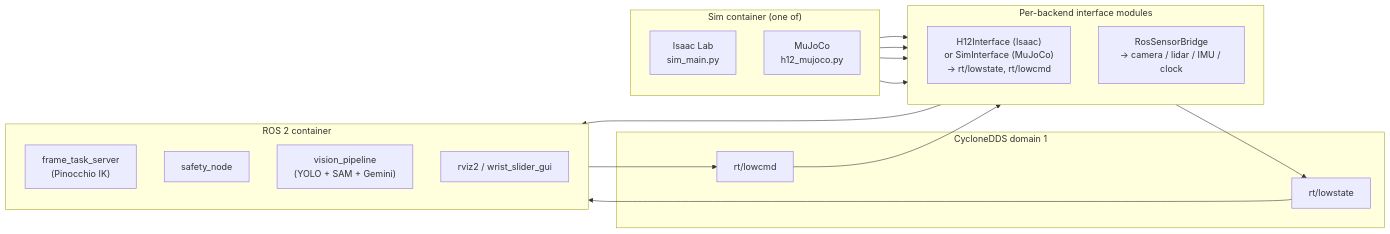
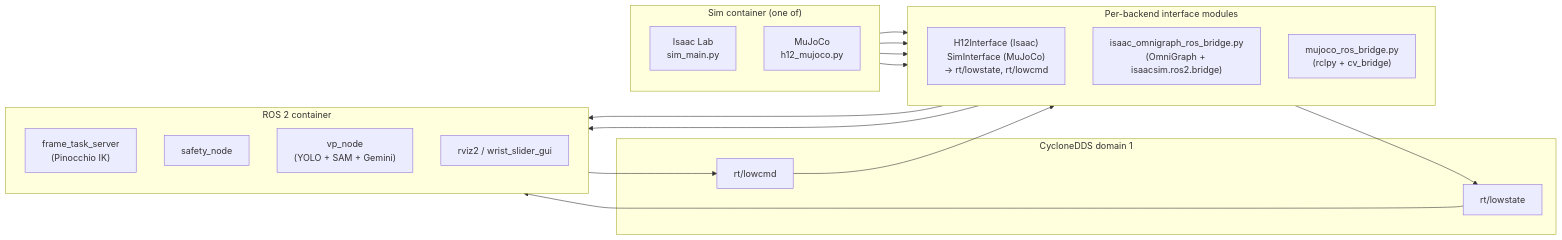
The diagram in README.md (correlllab/HAMS), drawn with Mermaid before and after one commit. The commit also changed other lines of this file and 8 other files, not shown here.

````diff
--- a/README.md
+++ b/README.md
@@ -135,37 +165,39 @@
 ```mermaid
 flowchart LR
     subgraph SIM["Sim container (one of)"]
         direction TB
         ISAAC["Isaac Lab<br/>sim_main.py"]
         MJ["MuJoCo<br/>h12_mujoco.py"]
     end
 
     subgraph BRIDGE["Per-backend interface modules"]
         direction TB
-        H12["H12Interface (Isaac)<br/>or SimInterface (MuJoCo)<br/>→ rt/lowstate, rt/lowcmd"]
-        ROSB["RosSensorBridge<br/>→ camera / lidar / IMU / clock"]
+        H12["H12Interface (Isaac)<br/>SimInterface (MuJoCo)<br/>→ rt/lowstate, rt/lowcmd"]
+        ROSB_ISAAC["isaac_omnigraph_ros_bridge.py<br/>(OmniGraph + isaacsim.ros2.bridge)"]
+        ROSB_MJ["mujoco_ros_bridge.py<br/>(rclpy + cv_bridge)"]
     end
 
     subgraph DDS["CycloneDDS domain 1"]
         LS["rt/lowstate"]
         LC["rt/lowcmd"]
     end
 
     subgraph CTRL["ROS 2 container"]
         direction TB
         IK["frame_task_server<br/>(Pinocchio IK)"]
         SAFE["safety_node"]
-        VP["vision_pipeline<br/>(YOLO + SAM + Gemini)"]
+        VP["vp_node<br/>(YOLO + SAM + Gemini)"]
         RVIZ["rviz2 / wrist_slider_gui"]
     end
 
     ISAAC --> H12
     MJ --> H12
-    ISAAC --> ROSB
-    MJ --> ROSB
+    ISAAC --> ROSB_ISAAC
+    MJ --> ROSB_MJ
     H12 --> LS
     LC --> H12
-    ROSB --> CTRL
+    ROSB_ISAAC --> CTRL
+    ROSB_MJ --> CTRL
     IK --> LC
     LS --> IK
 ```
````
